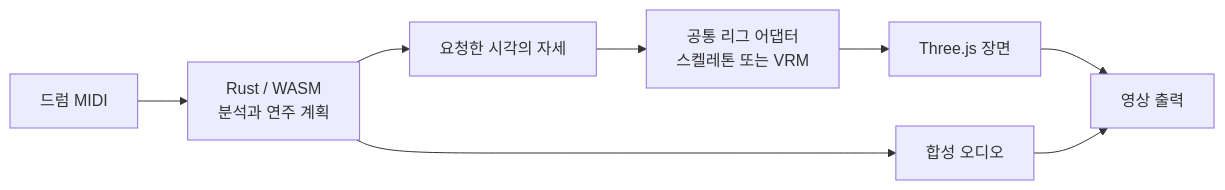
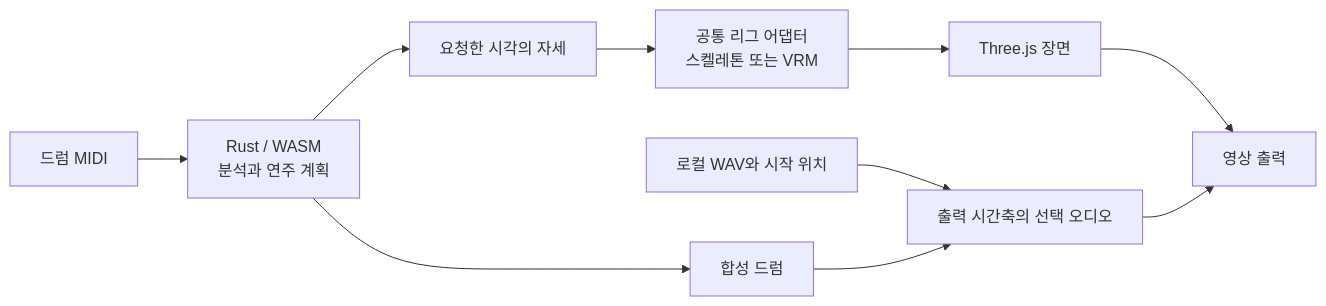
One commit to postmelee/drum-vrm changed the diagram in README.ko.md. Above: the diagram before and after it, drawn with Mermaid. The commit also changed other lines of this file and 68 other files, not shown here.

````diff
--- a/README.ko.md
+++ b/README.ko.md
@@ -85,10 +88,12 @@
 ```mermaid
 flowchart LR
     MIDI[드럼 MIDI] --> Engine[Rust / WASM<br/>분석과 연주 계획]
     Engine --> Pose[요청한 시각의 자세]
     Pose --> Rig[공통 리그 어댑터<br/>스켈레톤 또는 VRM]
     Rig --> Scene[Three.js 장면]
-    Engine --> Audio[합성 오디오]
+    Engine --> Synth[합성 드럼]
+    WAV[로컬 WAV와 시작 위치] --> Audio[출력 시간축의 선택 오디오]
+    Synth --> Audio
     Scene --> Video[영상 출력]
     Audio --> Video
 ```
````
